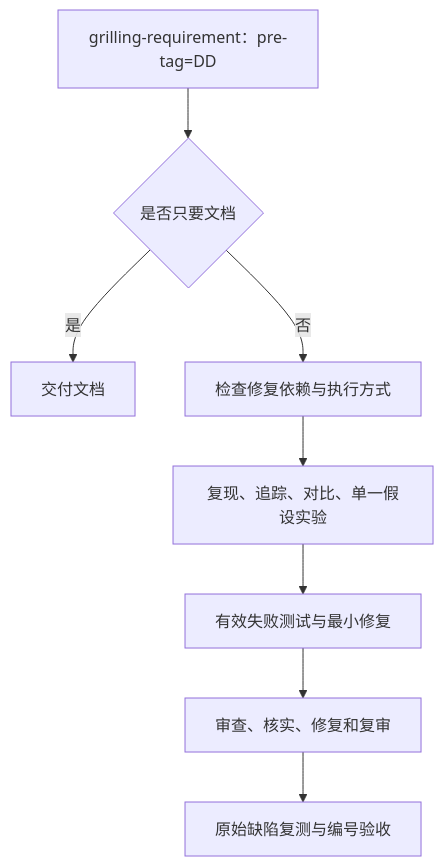
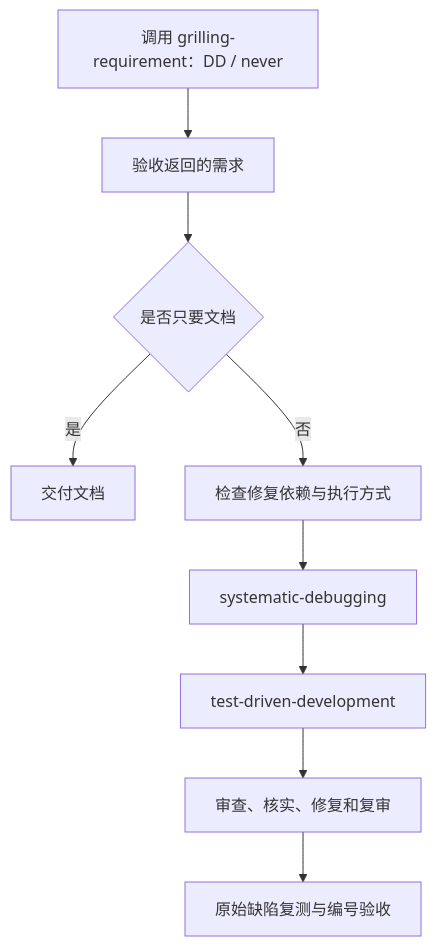
The diagram in skills/dev-debug/README.md (j-show/ai-everything), drawn with Mermaid before and after one commit. The commit also changed other lines of this file and 18 other files, not shown here.

````diff
--- a/skills/dev-debug/README.md
+++ b/skills/dev-debug/README.md
@@ -17,10 +17,11 @@
 ```mermaid
 flowchart TD
-    A[grilling-requirement：pre-tag=DD] --> E{是否只要文档}
+    A[调用 grilling-requirement：DD / never] --> B[验收返回的需求]
+    B --> E{是否只要文档}
     E -->|是| F[交付文档]
     E -->|否| G[检查修复依赖与执行方式]
-    G --> H[复现、追踪、对比、单一假设实验]
-    H --> I[有效失败测试与最小修复]
+    G --> H[systematic-debugging]
+    H --> I[test-driven-development]
     I --> J[审查、核实、修复和复审]
     J --> K[原始缺陷复测与编号验收]
 ```
````
